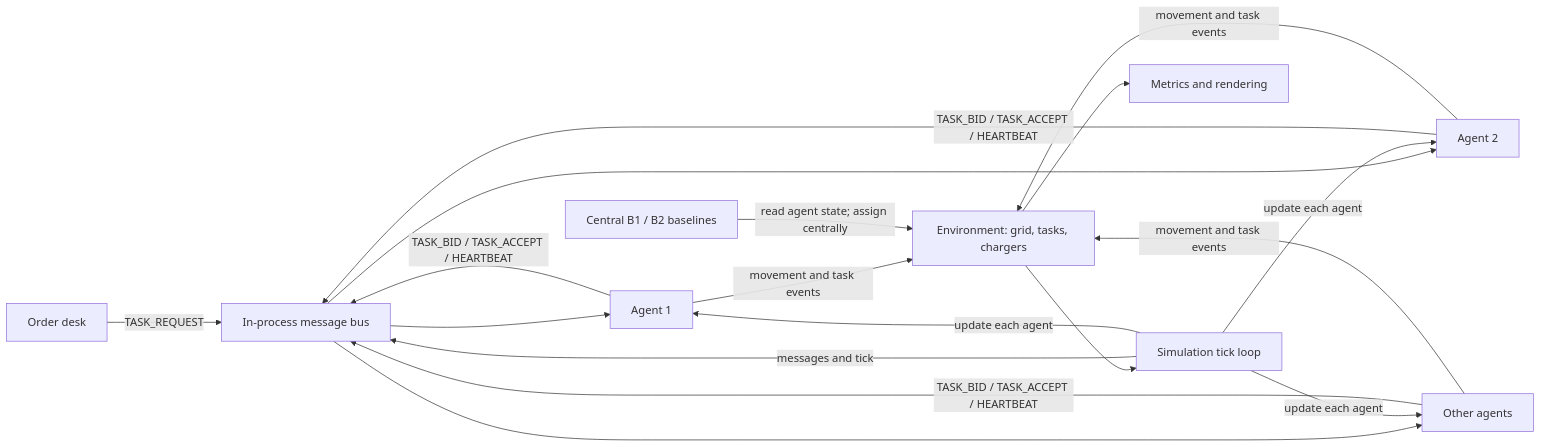
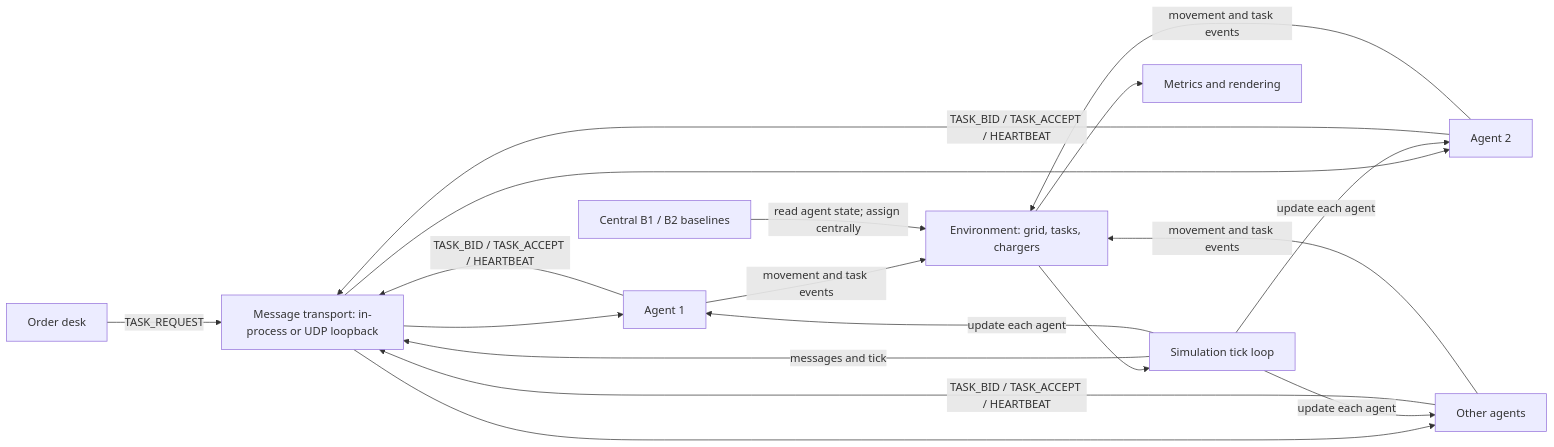
One commit to Sriharshitha156/kpit-multiagentlogistics changed the diagram in docs/presentation/02-architecture.md. Above: the diagram before and after it, drawn with Mermaid. The commit also changed other lines of this file and 10 other files, not shown here.

````diff
--- a/docs/presentation/02-architecture.md
+++ b/docs/presentation/02-architecture.md
@@ -5,20 +5,20 @@
 ```mermaid
 flowchart LR
-  Desk[Order desk] -->|TASK_REQUEST| Bus[In-process message bus]
+  Desk[Order desk] -->|TASK_REQUEST| Bus["Message transport: in-process or UDP loopback"]
   Bus --> A1[Agent 1]
   Bus --> A2[Agent 2]
   Bus --> AN[Other agents]
   A1 -->|TASK_BID / TASK_ACCEPT / HEARTBEAT| Bus
   A2 -->|TASK_BID / TASK_ACCEPT / HEARTBEAT| Bus
   AN -->|TASK_BID / TASK_ACCEPT / HEARTBEAT| Bus
   Env[Environment: grid, tasks, chargers] --> Sim[Simulation tick loop]
   Sim -->|messages and tick| Bus
   Sim -->|update each agent| A1
   Sim -->|update each agent| A2
   Sim -->|update each agent| AN
   A1 -->|movement and task events| Env
   A2 -->|movement and task events| Env
   AN -->|movement and task events| Env
   Env --> Metrics[Metrics and rendering]
   B1B2[Central B1 / B2 baselines] -->|read agent state; assign centrally| Env
 ```
````
